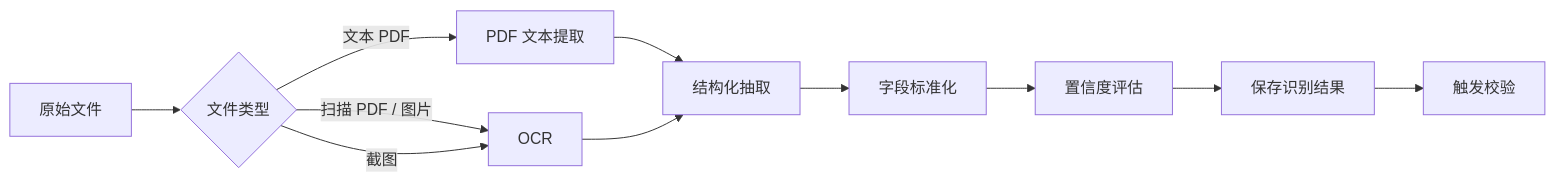
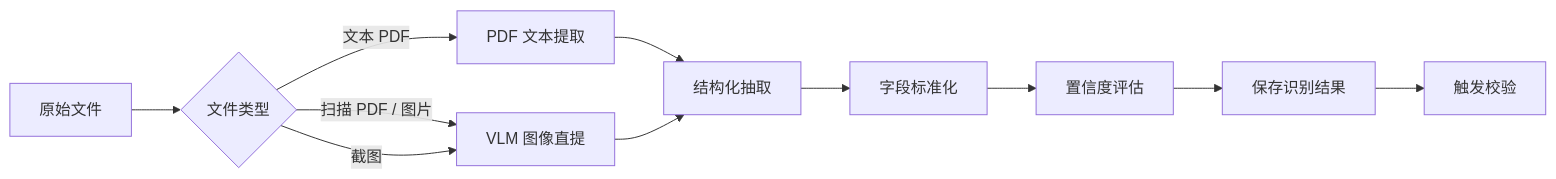
Before and after one commit to gsh20040816/trms: the fourth of 6 diagrams in docs/同济大学ACM竞赛报销收集系统架构设计与技术选型文档_V0.1.md, drawn with Mermaid. The commit also changed other lines of this file and 4 other files, not shown here.

````diff
--- a/docs/同济大学ACM竞赛报销收集系统架构设计与技术选型文档_V0.1.md
+++ b/docs/同济大学ACM竞赛报销收集系统架构设计与技术选型文档_V0.1.md
@@ -198,13 +198,13 @@
 ```mermaid
 flowchart LR
     A[原始文件] --> B{文件类型}
     B -->|文本 PDF| C[PDF 文本提取]
-    B -->|扫描 PDF / 图片| D[OCR]
+    B -->|扫描 PDF / 图片| D[VLM 图像直提]
     B -->|截图| D
     C --> E[结构化抽取]
     D --> E
     E --> F[字段标准化]
     F --> G[置信度评估]
     G --> H[保存识别结果]
     H --> I[触发校验]
 ```
````
